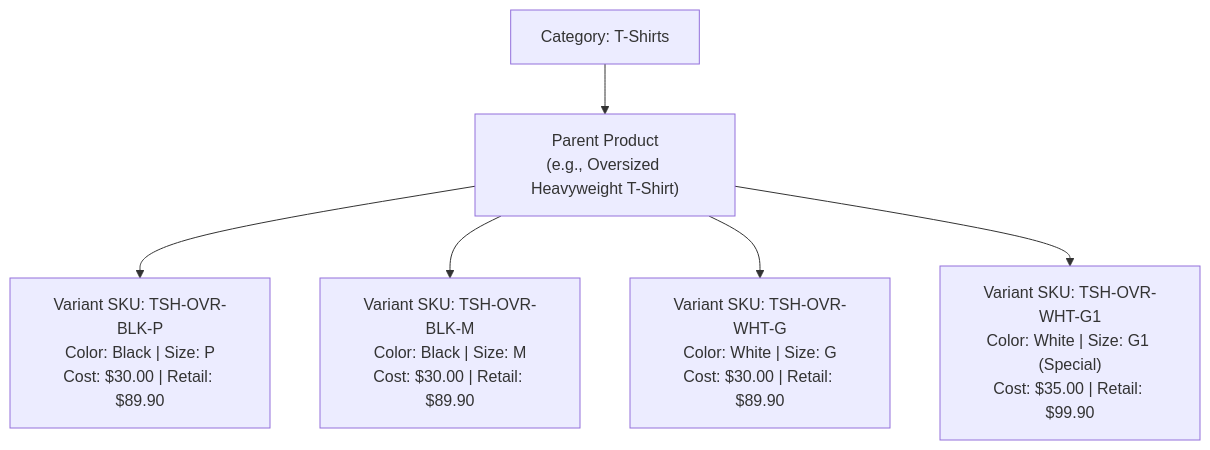
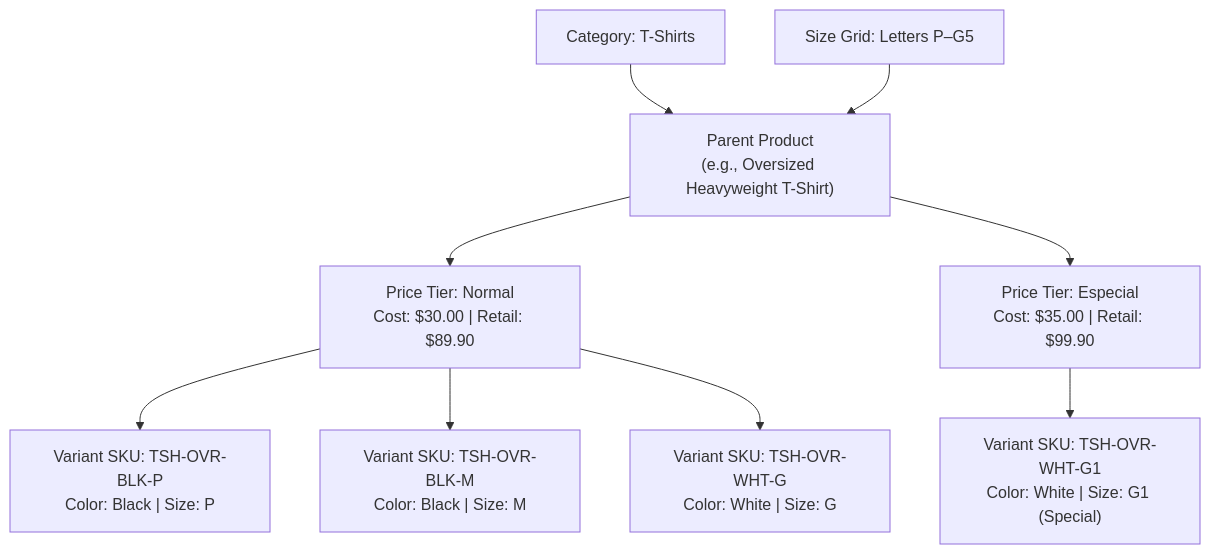
One commit to JoaoPedroLeonel01/ControlStock changed the first of 2 diagrams in docs/MVP.md. Above: the diagram before and after it, drawn with Mermaid. The commit also changed other lines of this file and 1 other file, not shown here.

Commit message:
docs: document price tiers, size grids and trigger-maintained stock levels

````diff
--- a/docs/MVP.md
+++ b/docs/MVP.md
@@ -17,10 +17,13 @@
 ```mermaid
 flowchart TD
     Parent["Parent Product\n(e.g., Oversized Heavyweight T-Shirt)"]
     Cat["Category: T-Shirts"] --> Parent
     
-    Parent --> V1["Variant SKU: TSH-OVR-BLK-P\nColor: Black | Size: P\nCost: $30.00 | Retail: $89.90"]
-    Parent --> V2["Variant SKU: TSH-OVR-BLK-M\nColor: Black | Size: M\nCost: $30.00 | Retail: $89.90"]
-    Parent --> V3["Variant SKU: TSH-OVR-WHT-G\nColor: White | Size: G\nCost: $30.00 | Retail: $89.90"]
-    Parent --> V4["Variant SKU: TSH-OVR-WHT-G1\nColor: White | Size: G1 (Special)\nCost: $35.00 | Retail: $99.90"]
+    Grid["Size Grid: Letters P–G5"] --> Parent
+    Parent --> TN["Price Tier: Normal\nCost: $30.00 | Retail: $89.90"]
+    Parent --> TE["Price Tier: Especial\nCost: $35.00 | Retail: $99.90"]
+    TN --> V1["Variant SKU: TSH-OVR-BLK-P\nColor: Black | Size: P"]
+    TN --> V2["Variant SKU: TSH-OVR-BLK-M\nColor: Black | Size: M"]
+    TN --> V3["Variant SKU: TSH-OVR-WHT-G\nColor: White | Size: G"]
+    TE --> V4["Variant SKU: TSH-OVR-WHT-G1\nColor: White | Size: G1 (Special)"]
 ```
````
